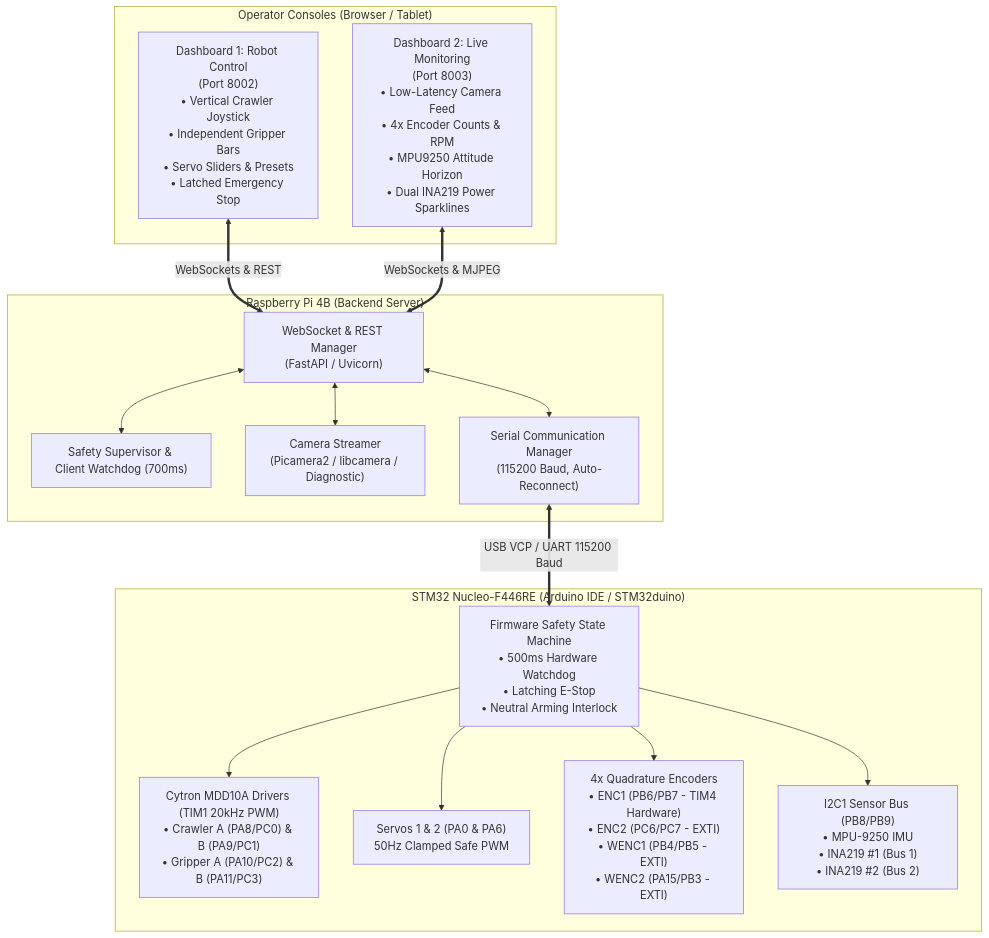
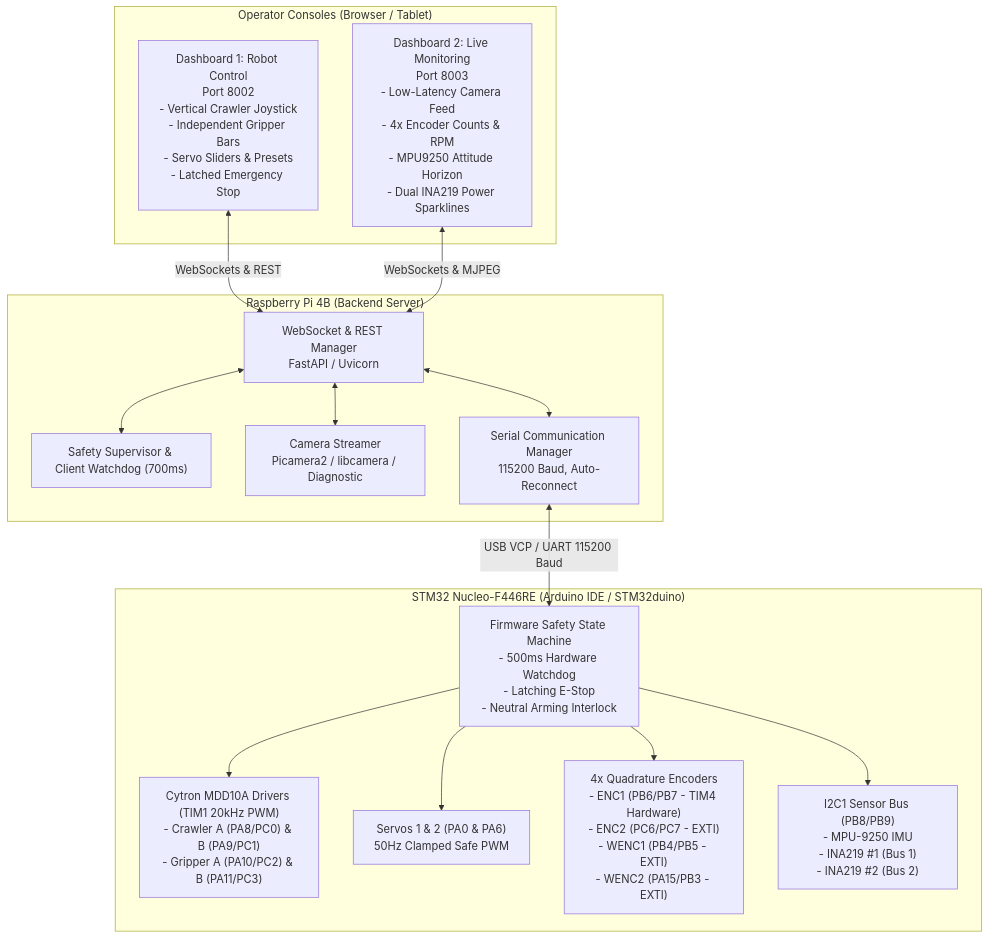
One commit to shivamcodebit/Powerline-crawling-robot changed the diagram in README.md. Above: the diagram before and after it, drawn with Mermaid. The commit also changed 1 other file, not shown here.

Commit message:
Fix bidirectional arrows and bullet formatting for GitHub Mermaid

````diff
--- a/README.md
+++ b/README.md
@@ -11,33 +11,33 @@
 ```mermaid
 flowchart TD
     subgraph UI ["Operator Consoles (Browser / Tablet)"]
-        D1["Dashboard 1: Robot Control<br>(Port 8002)<br>• Vertical Crawler Joystick<br>• Independent Gripper Bars<br>• Servo Sliders & Presets<br>• Latched Emergency Stop"]
-        D2["Dashboard 2: Live Monitoring<br>(Port 8003)<br>• Low-Latency Camera Feed<br>• 4x Encoder Counts & RPM<br>• MPU9250 Attitude Horizon<br>• Dual INA219 Power Sparklines"]
+        D1["Dashboard 1: Robot Control<br/>Port 8002<br/>- Vertical Crawler Joystick<br/>- Independent Gripper Bars<br/>- Servo Sliders & Presets<br/>- Latched Emergency Stop"]
+        D2["Dashboard 2: Live Monitoring<br/>Port 8003<br/>- Low-Latency Camera Feed<br/>- 4x Encoder Counts & RPM<br/>- MPU9250 Attitude Horizon<br/>- Dual INA219 Power Sparklines"]
     end
 
     subgraph RPI ["Raspberry Pi 4B (Backend Server)"]
-        WS["WebSocket & REST Manager<br>(FastAPI / Uvicorn)"]
+        WS["WebSocket & REST Manager<br/>FastAPI / Uvicorn"]
         SAFETY["Safety Supervisor & Client Watchdog (700ms)"]
-        CAM["Camera Streamer<br>(Picamera2 / libcamera / Diagnostic)"]
-        SERIAL["Serial Communication Manager<br>(115200 Baud, Auto-Reconnect)"]
+        CAM["Camera Streamer<br/>Picamera2 / libcamera / Diagnostic"]
+        SERIAL["Serial Communication Manager<br/>115200 Baud, Auto-Reconnect"]
     end
 
     subgraph MCU ["STM32 Nucleo-F446RE (Arduino IDE / STM32duino)"]
-        FW["Firmware Safety State Machine<br>• 500ms Hardware Watchdog<br>• Latching E-Stop<br>• Neutral Arming Interlock"]
-        MOTORS["Cytron MDD10A Drivers (TIM1 20kHz PWM)<br>• Crawler A (PA8/PC0) & B (PA9/PC1)<br>• Gripper A (PA10/PC2) & B (PA11/PC3)"]
-        SERVOS["Servos 1 & 2 (PA0 & PA6)<br>50Hz Clamped Safe PWM"]
-        ENCS["4x Quadrature Encoders<br>• ENC1 (PB6/PB7 - TIM4 Hardware)<br>• ENC2 (PC6/PC7 - EXTI)<br>• WENC1 (PB4/PB5 - EXTI)<br>• WENC2 (PA15/PB3 - EXTI)"]
-        I2C["I2C1 Sensor Bus (PB8/PB9)<br>• MPU-9250 IMU<br>• INA219 #1 (Bus 1)<br>• INA219 #2 (Bus 2)"]
+        FW["Firmware Safety State Machine<br/>- 500ms Hardware Watchdog<br/>- Latching E-Stop<br/>- Neutral Arming Interlock"]
+        MOTORS["Cytron MDD10A Drivers (TIM1 20kHz PWM)<br/>- Crawler A (PA8/PC0) & B (PA9/PC1)<br/>- Gripper A (PA10/PC2) & B (PA11/PC3)"]
+        SERVOS["Servos 1 & 2 (PA0 & PA6)<br/>50Hz Clamped Safe PWM"]
+        ENCS["4x Quadrature Encoders<br/>- ENC1 (PB6/PB7 - TIM4 Hardware)<br/>- ENC2 (PC6/PC7 - EXTI)<br/>- WENC1 (PB4/PB5 - EXTI)<br/>- WENC2 (PA15/PB3 - EXTI)"]
+        I2C["I2C1 Sensor Bus (PB8/PB9)<br/>- MPU-9250 IMU<br/>- INA219 #1 (Bus 1)<br/>- INA219 #2 (Bus 2)"]
     end
 
-    D1 <==>|"WebSockets & REST"| WS
-    D2 <==>|"WebSockets & MJPEG"| WS
+    D1 <-->|"WebSockets & REST"| WS
+    D2 <-->|"WebSockets & MJPEG"| WS
     WS <--> SAFETY
     WS <--> CAM
     WS <--> SERIAL
-    SERIAL <==>|"USB VCP / UART 115200 Baud"| FW
+    SERIAL <-->|"USB VCP / UART 115200 Baud"| FW
     FW --> MOTORS
     FW --> SERVOS
     FW --> ENCS
     FW --> I2C
 ```
````
